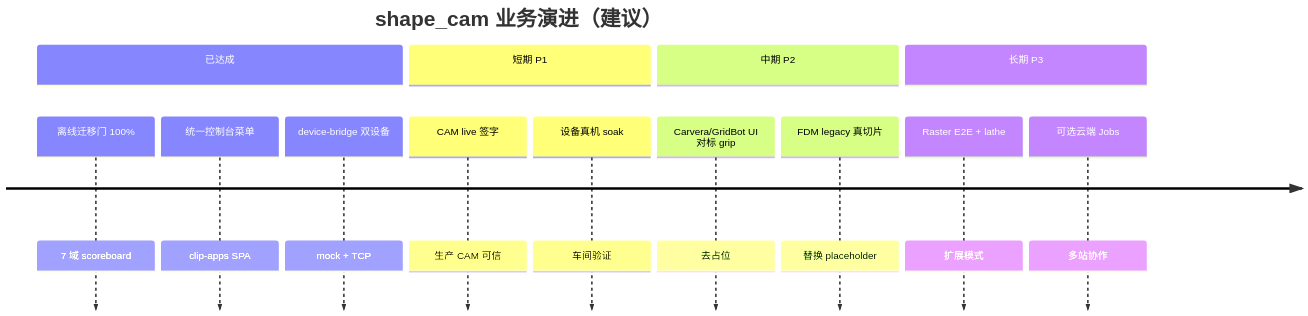
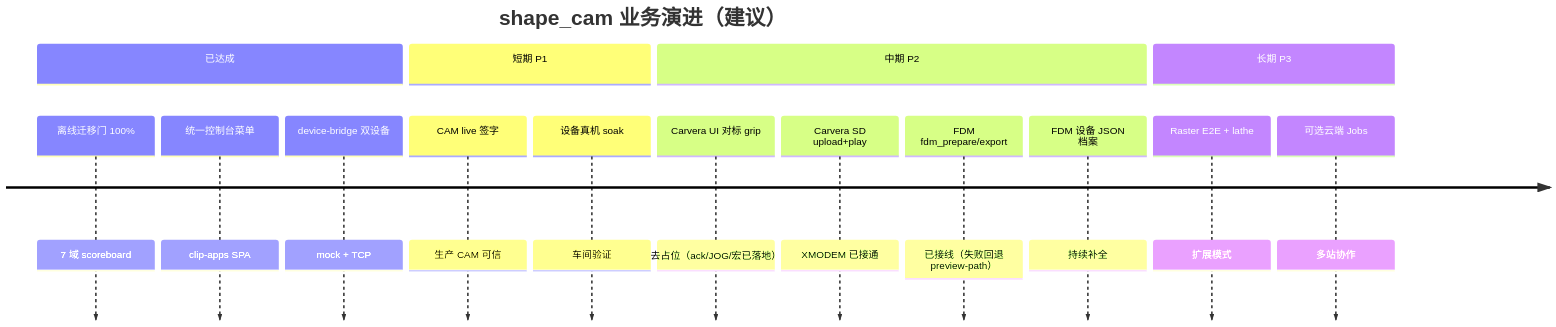
Diagram 11 of 11 in docs/BUSINESS-ARCHITECTURE.md (Yaotiejun/webacm), drawn with Mermaid before and after one commit. The commit also changed other lines of this file and 452 other files, not shown here.

First line of the commit message:
feat: Laser/SLA 工作区、Kiri legacy 静态打包与 CAM/FDM 能力扩展

````diff
--- a/docs/BUSINESS-ARCHITECTURE.md
+++ b/docs/BUSINESS-ARCHITECTURE.md
@@ -375,17 +380,19 @@
 ```mermaid
 timeline
   title shape_cam 业务演进（建议）
   section 已达成
     离线迁移门 100% : 7 域 scoreboard
     统一控制台菜单 : clip-apps SPA
     device-bridge 双设备 : mock + TCP
   section 短期 P1
     CAM live 签字 : 生产 CAM 可信
     设备真机 soak : 车间验证
   section 中期 P2
-    Carvera/GridBot UI 对标 grip : 去占位
-    FDM legacy 真切片 : 替换 placeholder
+    Carvera UI 对标 grip : 去占位（ack/JOG/宏已落地）
+    Carvera SD upload+play : XMODEM 已接通
+    FDM fdm_prepare/export : 已接线（失败回退 preview-path）
+    FDM 设备 JSON 档案 : 持续补全
   section 长期 P3
     Raster E2E + lathe : 扩展模式
     可选云端 Jobs : 多站协作
 ```
````
